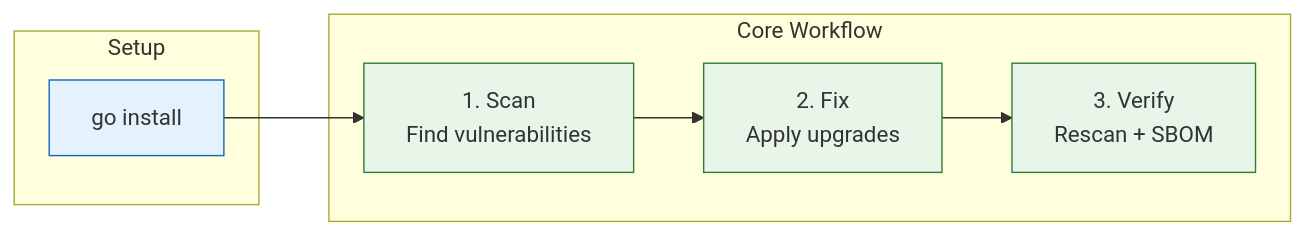
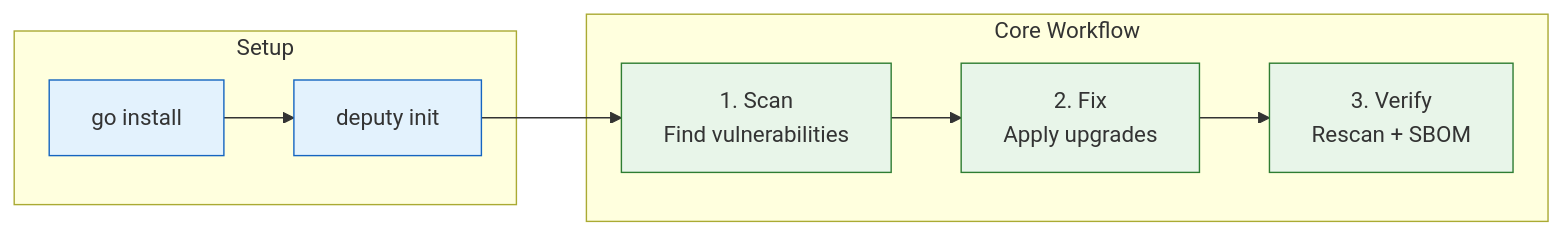
Before and after one commit to temporalio/deputy: the diagram in docs/getting-started.md, drawn with Mermaid. The commit also changed other lines of this file and 16 other files, not shown here.

````diff
--- a/docs/getting-started.md
+++ b/docs/getting-started.md
@@ -7,20 +7,21 @@
 ```mermaid
 flowchart LR
     subgraph Setup["Setup"]
         Install["go install"]
+        Init["deputy init"]
     end
 
     subgraph Core["Core Workflow"]
         Scan["1. Scan<br/>Find vulnerabilities"]
         Fix["2. Fix<br/>Apply upgrades"]
         Verify["3. Verify<br/>Rescan + SBOM"]
     end
 
-    Install --> Scan --> Fix --> Verify
+    Install --> Init --> Scan --> Fix --> Verify
 
     classDef setup fill:#e3f2fd,stroke:#1565c0
     classDef core fill:#e8f5e9,stroke:#2e7d32
 
-    class Install setup
+    class Install,Init setup
     class Scan,Fix,Verify core
 ```
````
